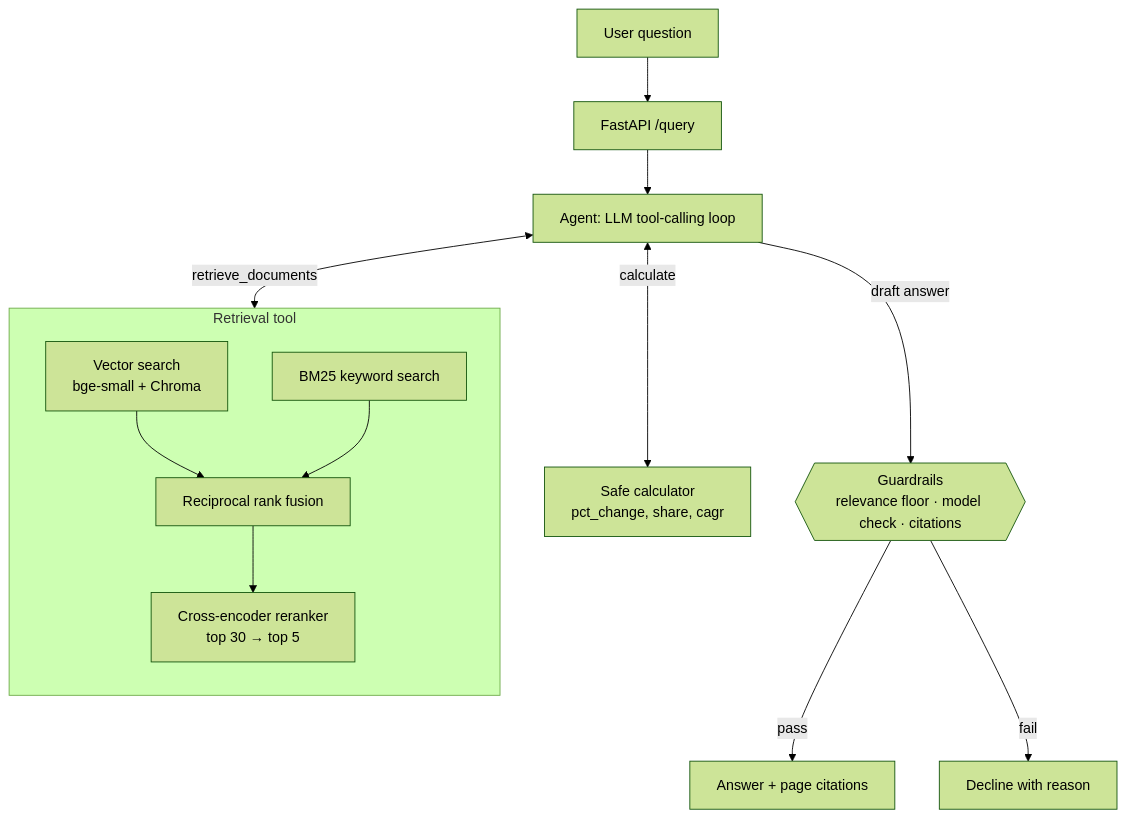
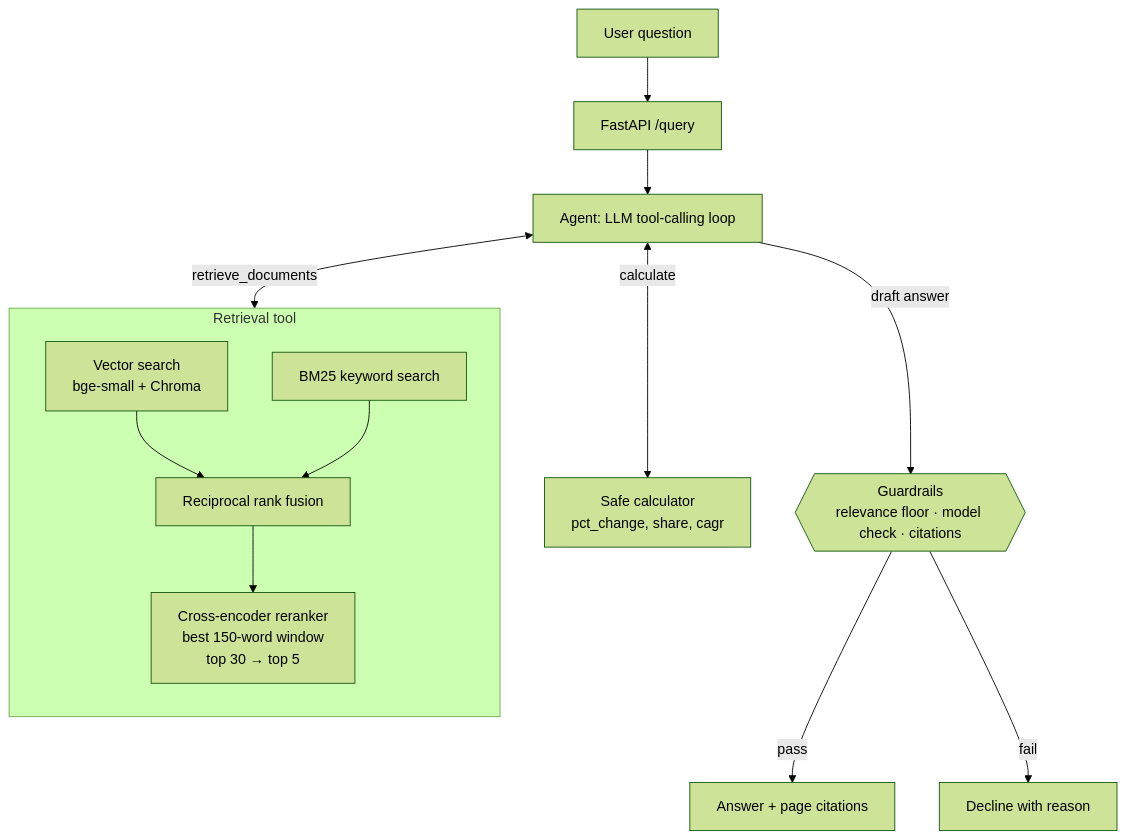
The diagram in README.md (Ohm-Kel/consulting-research-copilot), drawn with Mermaid (forest theme) before and after one commit. The commit also changed other lines of this file and 7 other files, not shown here.

First line of the commit message:
Score reranker candidates by their best window

````diff
--- a/README.md
+++ b/README.md
@@ -46,16 +49,16 @@
 ```mermaid
 flowchart TB
     Q[User question] --> API[FastAPI /query]
     API --> A[Agent: LLM tool-calling loop]
     A <-->|retrieve_documents| R
     A <-->|calculate| C[Safe calculator<br/>pct_change, share, cagr]
     subgraph R [Retrieval tool]
         direction TB
         V[Vector search<br/>bge-small + Chroma] --> F[Reciprocal rank fusion]
         B[BM25 keyword search] --> F
-        F --> X[Cross-encoder reranker<br/>top 30 → top 5]
+        F --> X[Cross-encoder reranker<br/>best 150-word window<br/>top 30 → top 5]
     end
     A -->|draft answer| G{{Guardrails<br/>relevance floor · model check · citations}}
     G -->|pass| OK[Answer + page citations]
     G -->|fail| D[Decline with reason]
 ```
````
